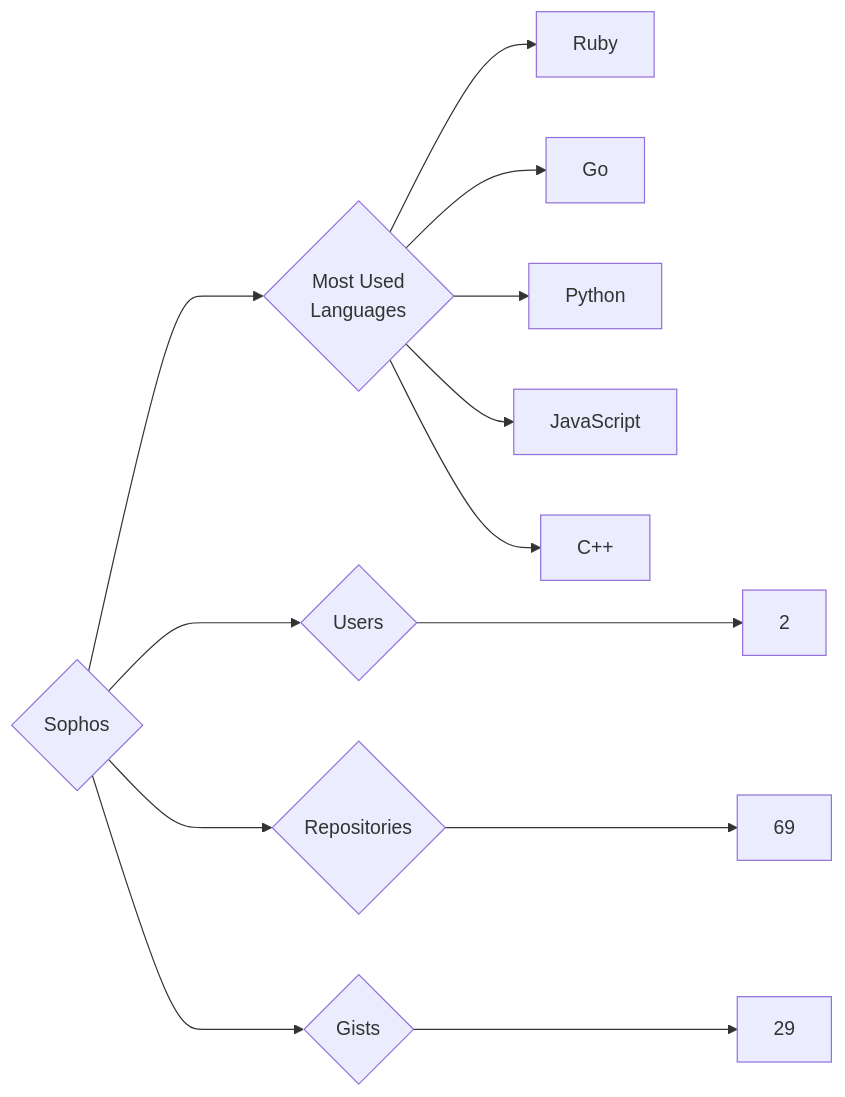
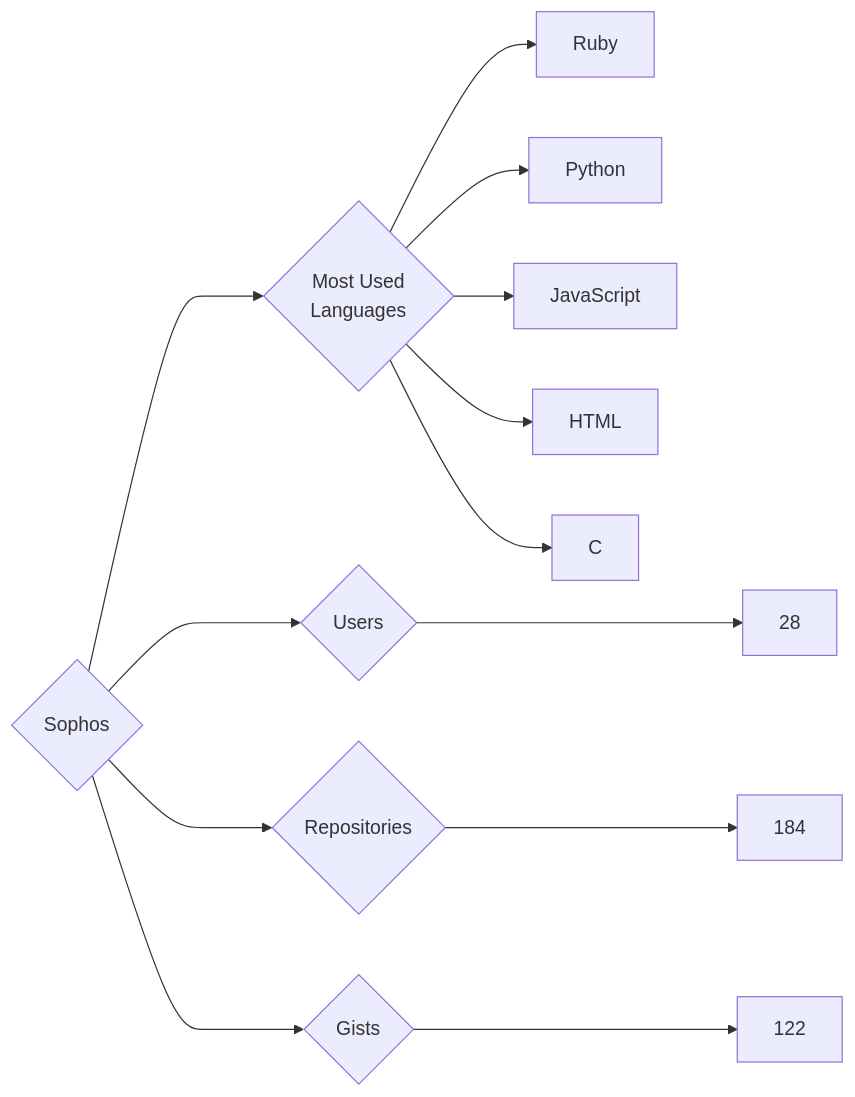
One commit to trickest/insiders changed the diagram in targets/Sophos/README.md. Above: the diagram before and after it, drawn with Mermaid. The commit also changed 794 other files, not shown here.

````diff
--- a/targets/Sophos/README.md
+++ b/targets/Sophos/README.md
@@ -3,13 +3,13 @@
 ```mermaid
 graph LR
 COMPANY_NAME{Sophos}
-COMPANY_NAME ---> U{Users} ---> UN[2]
-COMPANY_NAME ---> R{Repositories} ---> RN[69]
-COMPANY_NAME ---> G{Gists} ---> GN[29]
+COMPANY_NAME ---> U{Users} ---> UN[28]
+COMPANY_NAME ---> R{Repositories} ---> RN[184]
+COMPANY_NAME ---> G{Gists} ---> GN[122]
 COMPANY_NAME ---> ML{Most Used<br>Languages}
 ML --> Ruby[Ruby]
-ML --> Go[Go]
 ML --> Python[Python]
 ML --> JavaScript[JavaScript]
-ML --> C++[C++]
+ML --> HTML[HTML]
+ML --> C[C]
 ```
````
